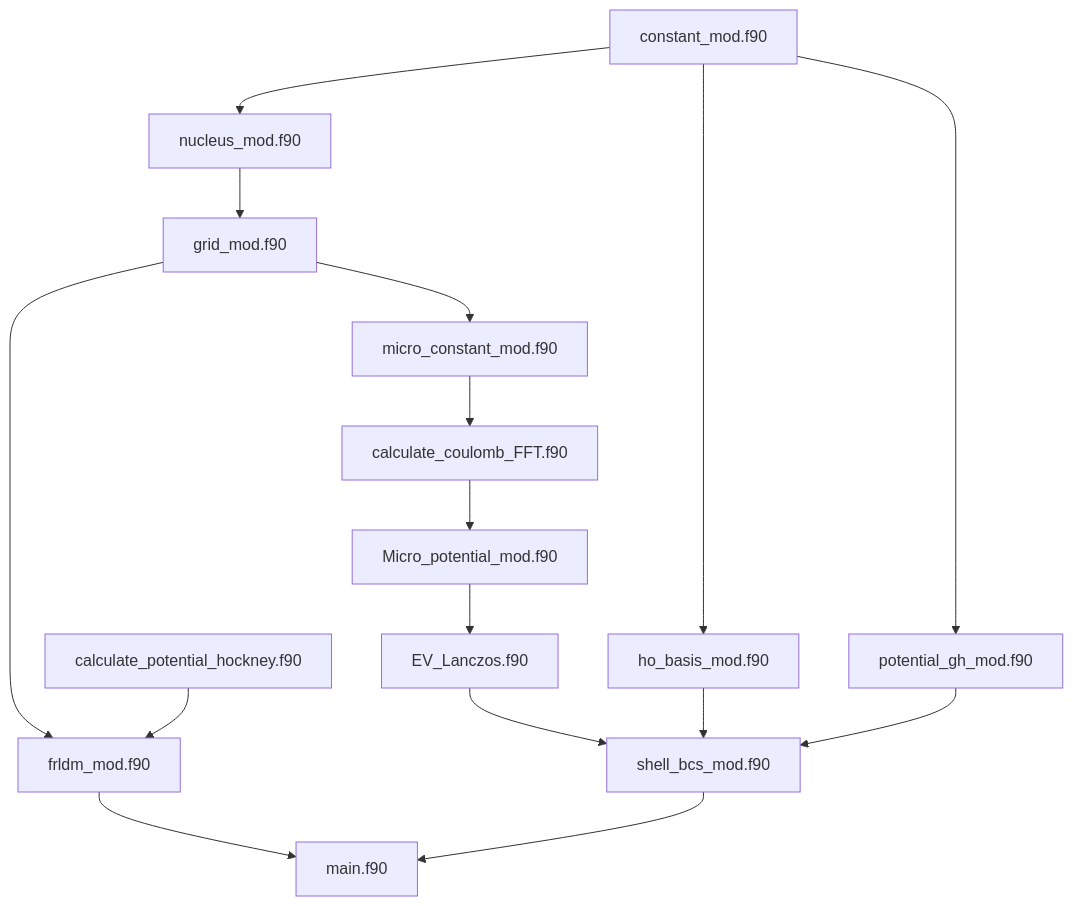
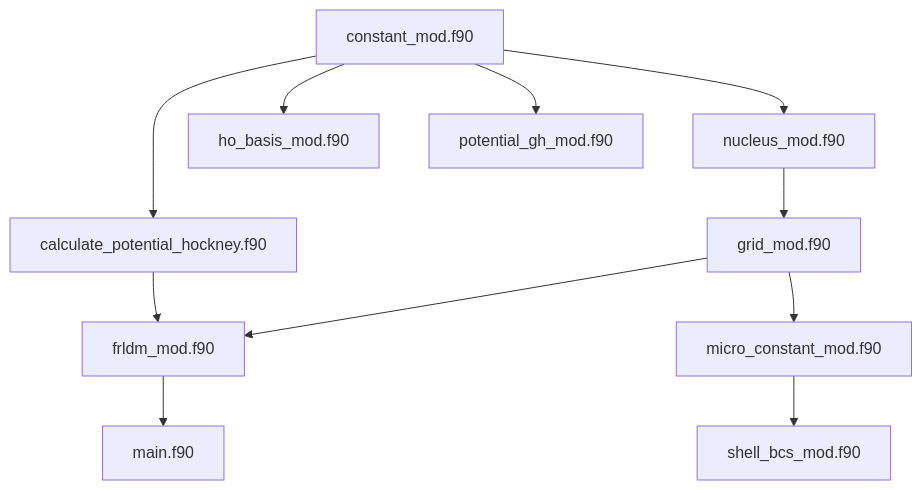
The first of 3 diagrams in README.md (tanamarugithuber/Microscopic-Macroscopic-), drawn with Mermaid before and after one commit. The commit also changed other lines of this file, not shown here.

First line of the commit message:
README: rebuild the file dependency graph from the use statements

````diff
--- a/README.md
+++ b/README.md
@@ -23,19 +25,13 @@
 ```mermaid
 graph TD;
     constant_mod.f90-->nucleus_mod.f90;
     nucleus_mod.f90-->grid_mod.f90;
     grid_mod.f90-->frldm_mod.f90;
     calculate_potential_hockney.f90-->frldm_mod.f90;
+    frldm_mod.f90-->main.f90;
+    constant_mod.f90-->calculate_potential_hockney.f90;
+    constant_mod.f90-->ho_basis_mod.f90;
+    constant_mod.f90-->potential_gh_mod.f90;
     grid_mod.f90-->micro_constant_mod.f90;
-    micro_constant_mod.f90-->calculate_coulomb_FFT.f90
-    calculate_coulomb_FFT.f90-->Micro_potential_mod.f90
-    Micro_potential_mod.f90-->EV_Lanczos.f90
-    EV_Lanczos.f90-->shell_bcs_mod.f90
-    frldm_mod.f90-->main.f90
-    shell_bcs_mod.f90-->main.f90
-    constant_mod.f90-->ho_basis_mod.f90
-    ho_basis_mod.f90-->shell_bcs_mod.f90
-    constant_mod.f90-->potential_gh_mod.f90
-    potential_gh_mod.f90-->shell_bcs_mod.f90
-
+    micro_constant_mod.f90-->shell_bcs_mod.f90;
 ```
````
